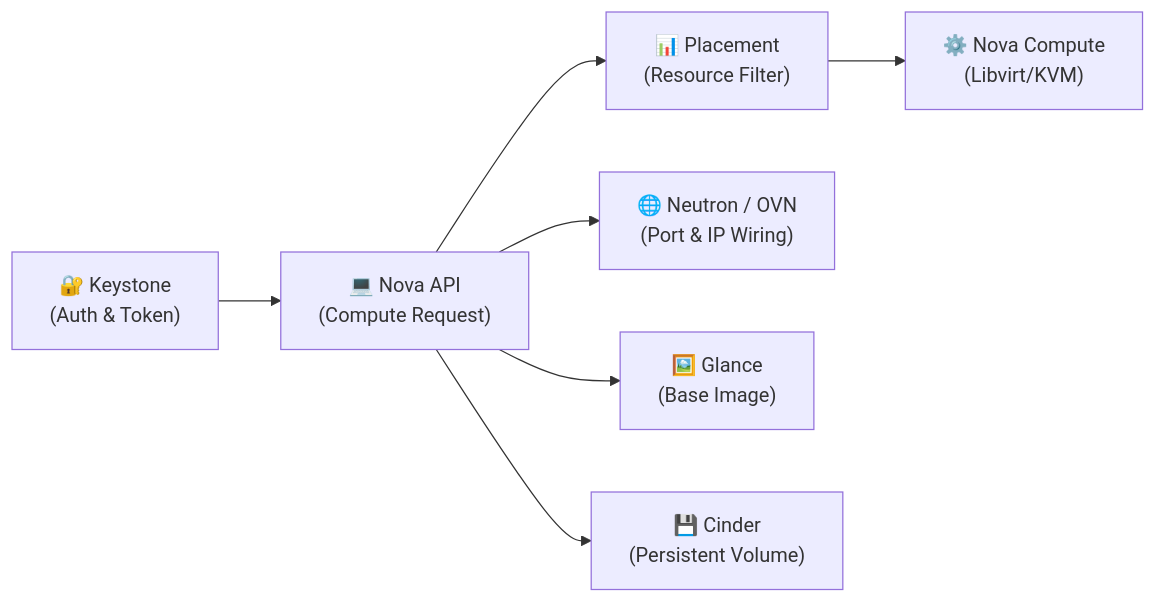
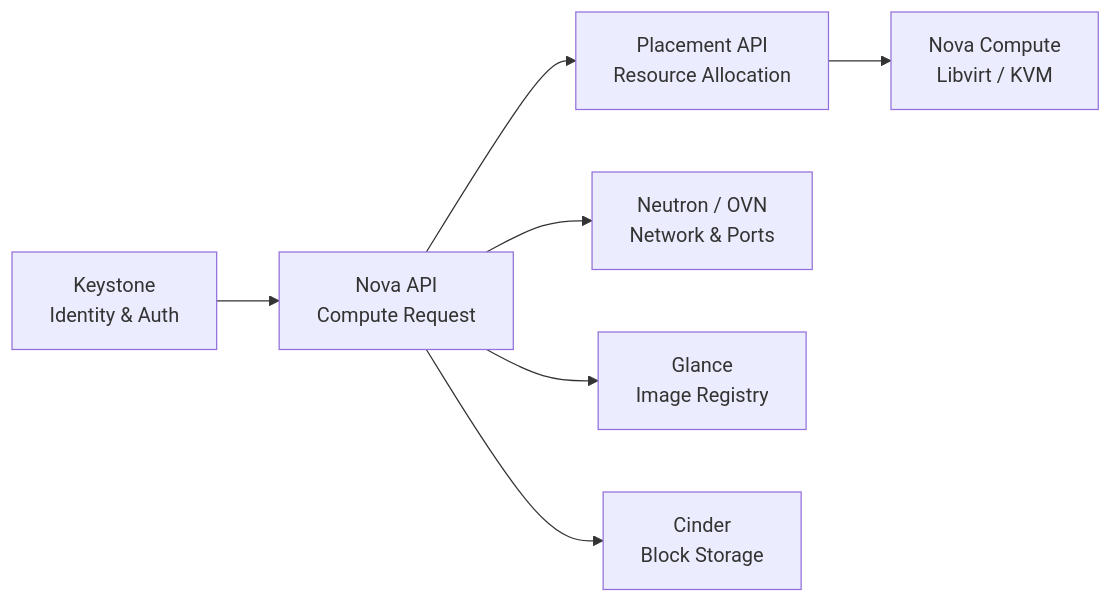
The diagram in index.md (AbyanDimas/Opentack-Research), drawn with Mermaid before and after one commit. The commit also changed other lines of this file and 12 other files, not shown here.

````diff
--- a/index.md
+++ b/index.md
@@ -35,9 +35,9 @@
 ```mermaid
 flowchart LR
-    Keystone["🔐 Keystone<br/>(Auth & Token)"] --> Nova["💻 Nova API<br/>(Compute Request)"]
-    Nova --> Placement["📊 Placement<br/>(Resource Filter)"]
-    Placement --> NovaCompute["⚙️ Nova Compute<br/>(Libvirt/KVM)"]
-    Nova --> Neutron["🌐 Neutron / OVN<br/>(Port & IP Wiring)"]
-    Nova --> Glance["🖼️ Glance<br/>(Base Image)"]
-    Nova --> Cinder["💾 Cinder<br/>(Persistent Volume)"]
+    Keystone["Keystone<br/>Identity & Auth"] --> Nova["Nova API<br/>Compute Request"]
+    Nova --> Placement["Placement API<br/>Resource Allocation"]
+    Placement --> NovaCompute["Nova Compute<br/>Libvirt / KVM"]
+    Nova --> Neutron["Neutron / OVN<br/>Network & Ports"]
+    Nova --> Glance["Glance<br/>Image Registry"]
+    Nova --> Cinder["Cinder<br/>Block Storage"]
 ```
````
